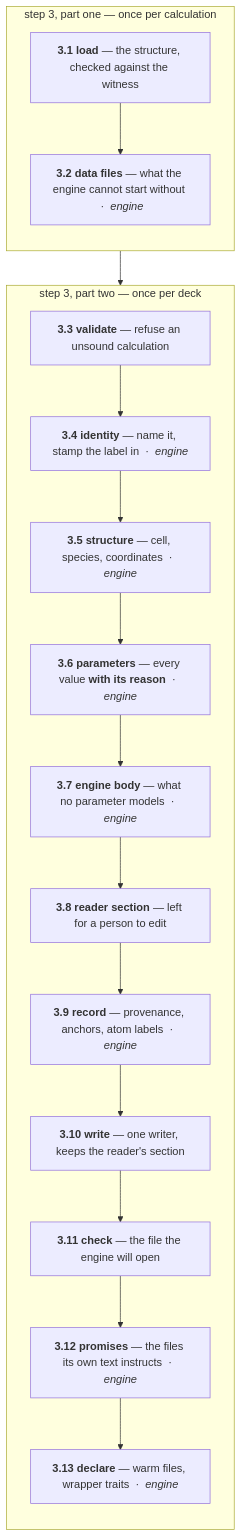
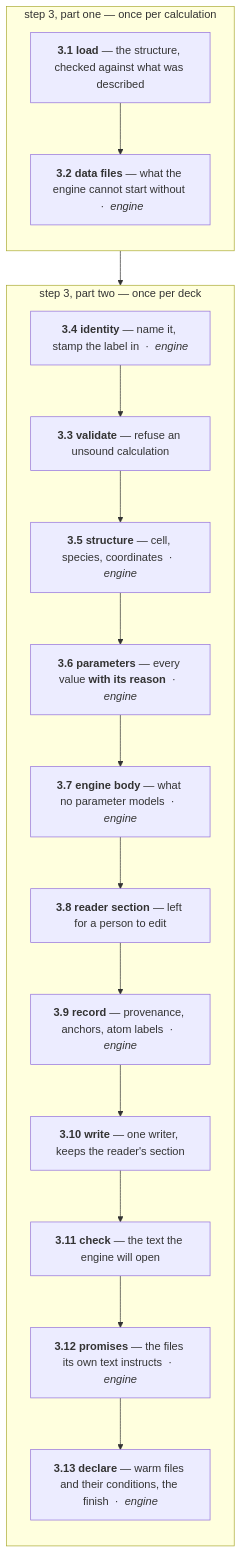
Before and after one commit to Qing-LAB/molbuilder: the second of 5 diagrams in docs/execution/script-preparation.md, drawn with Mermaid. The commit also changed other lines of this file and 30 other files, not shown here.

````diff
--- a/docs/execution/script-preparation.md
+++ b/docs/execution/script-preparation.md
@@ -137,25 +117,25 @@
 ```mermaid
 flowchart TB
     subgraph once["step 3, part one — once per calculation"]
       direction TB
-      T1["<b>3.1 load</b> — the structure, checked against the witness"]
+      T1["<b>3.1 load</b> — the structure, checked against what was described"]
       T2["<b>3.2 data files</b> — what the engine cannot start without &nbsp;·&nbsp; <i>engine</i>"]
       T1 --> T2
     end
     subgraph each["step 3, part two — once per deck"]
       direction TB
+      T4["<b>3.4 identity</b> — name it, stamp the label in &nbsp;·&nbsp; <i>engine</i>"]
       T3["<b>3.3 validate</b> — refuse an unsound calculation"]
-      T4["<b>3.4 identity</b> — name it, stamp the label in &nbsp;·&nbsp; <i>engine</i>"]
       T5["<b>3.5 structure</b> — cell, species, coordinates &nbsp;·&nbsp; <i>engine</i>"]
       T6["<b>3.6 parameters</b> — every value <b>with its reason</b> &nbsp;·&nbsp; <i>engine</i>"]
       T7["<b>3.7 engine body</b> — what no parameter models &nbsp;·&nbsp; <i>engine</i>"]
       T8["<b>3.8 reader section</b> — left for a person to edit"]
       T9["<b>3.9 record</b> — provenance, anchors, atom labels &nbsp;·&nbsp; <i>engine</i>"]
       T10["<b>3.10 write</b> — one writer, keeps the reader's section"]
-      T9b["<b>3.11 check</b> — the file the engine will open"]
-      T11["<b>3.12 promises</b> — the files its own text instructs &nbsp;·&nbsp; <i>engine</i>"]
-      T12["<b>3.13 declare</b> — warm files, wrapper traits &nbsp;·&nbsp; <i>engine</i>"]
-      T3 --> T4 --> T5 --> T6 --> T7 --> T8 --> T9 --> T10 --> T9b --> T11 --> T12
+      T11["<b>3.11 check</b> — the text the engine will open"]
+      T12["<b>3.12 promises</b> — the files its own text instructs &nbsp;·&nbsp; <i>engine</i>"]
+      T13["<b>3.13 declare</b> — warm files and their conditions, the finish &nbsp;·&nbsp; <i>engine</i>"]
+      T4 --> T3 --> T5 --> T6 --> T7 --> T8 --> T9 --> T10 --> T11 --> T12 --> T13
     end
     once --> each
 ```
````
